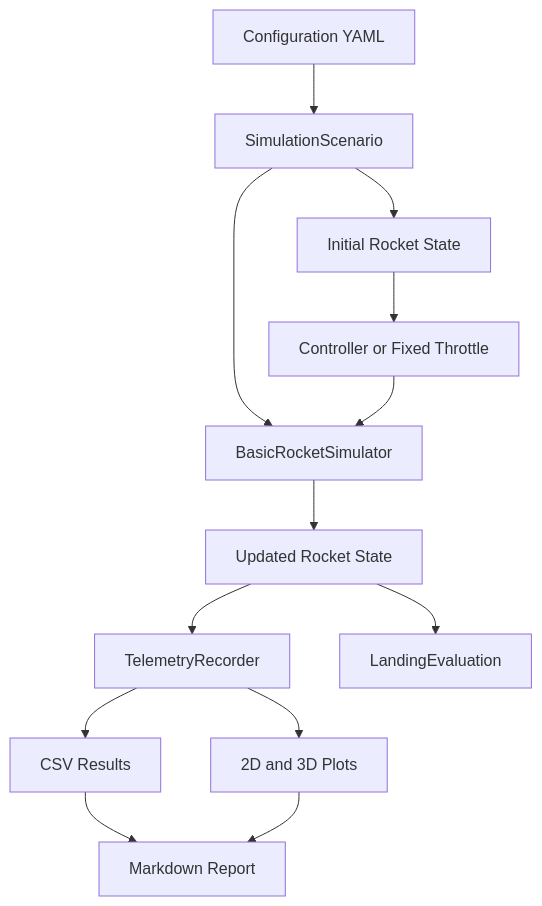
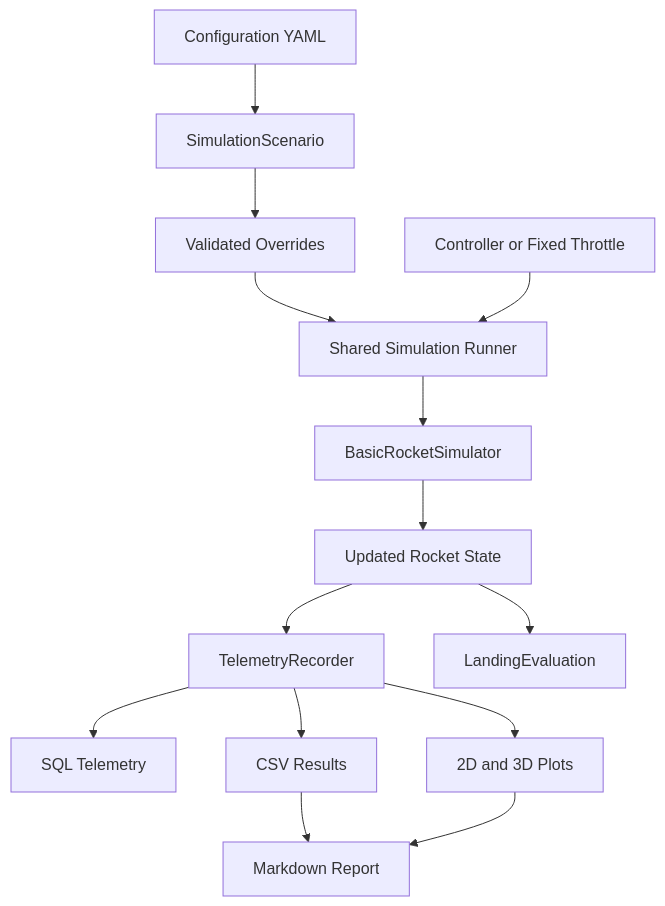
One commit to gabriel-lab-ia/autonomous-aerospace-simulator changed the diagram in docs/diagrams/software_engineering_flow.md. Above: the diagram before and after it, drawn with Mermaid. The commit also changed other lines of this file and 20 other files, not shown here.

````diff
--- a/docs/diagrams/software_engineering_flow.md
+++ b/docs/diagrams/software_engineering_flow.md
@@ -3,15 +3,16 @@
 ```mermaid
 flowchart TD
     A[Configuration YAML] --> B[SimulationScenario]
-    B --> C[Initial Rocket State]
-    B --> D[BasicRocketSimulator]
-    C --> E[Controller or Fixed Throttle]
-    E --> D
-    D --> F[Updated Rocket State]
-    F --> G[TelemetryRecorder]
-    F --> H[LandingEvaluation]
-    G --> I[CSV Results]
-    G --> J[2D and 3D Plots]
-    I --> K[Markdown Report]
-    J --> K
+    B --> C[Validated Overrides]
+    C --> D[Shared Simulation Runner]
+    E[Controller or Fixed Throttle] --> D
+    D --> F[BasicRocketSimulator]
+    F --> G[Updated Rocket State]
+    G --> H[TelemetryRecorder]
+    G --> I[LandingEvaluation]
+    H --> J[SQL Telemetry]
+    H --> K[CSV Results]
+    H --> L[2D and 3D Plots]
+    K --> M[Markdown Report]
+    L --> M
 ```
````
